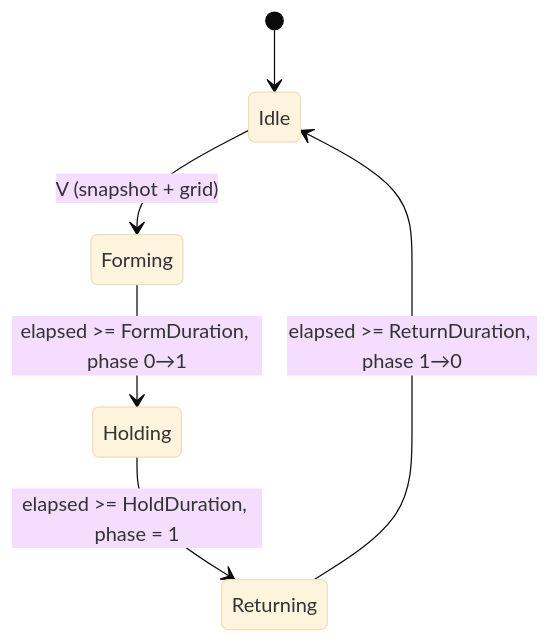
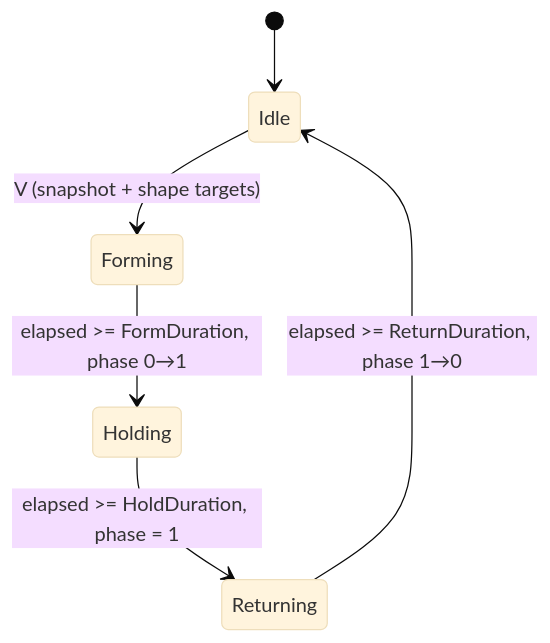
One commit to vecnode/metaagent-ue5-plugin changed the third of 4 diagrams in README.md. Above: the diagram before and after it, drawn with Mermaid (base theme). The commit also changed other lines of this file, not shown here.

````diff
--- a/README.md
+++ b/README.md
@@ -297,9 +301,9 @@
 ```mermaid
 stateDiagram-v2
     [*] --> Idle
-    Idle --> Forming: V (snapshot + grid)
+    Idle --> Forming: V (snapshot + shape targets)
     Forming --> Holding: elapsed >= FormDuration, phase 0→1
     Holding --> Returning: elapsed >= HoldDuration, phase = 1
     Returning --> Idle: elapsed >= ReturnDuration, phase 1→0
 
 ```
````
